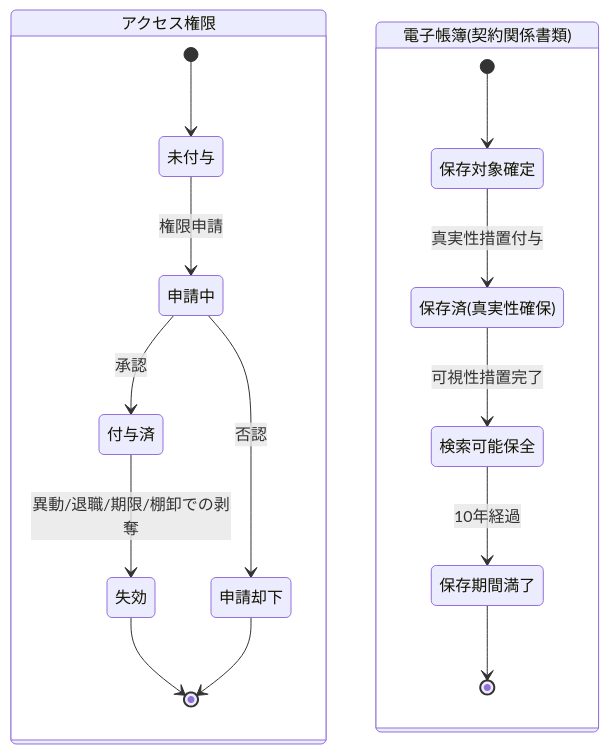
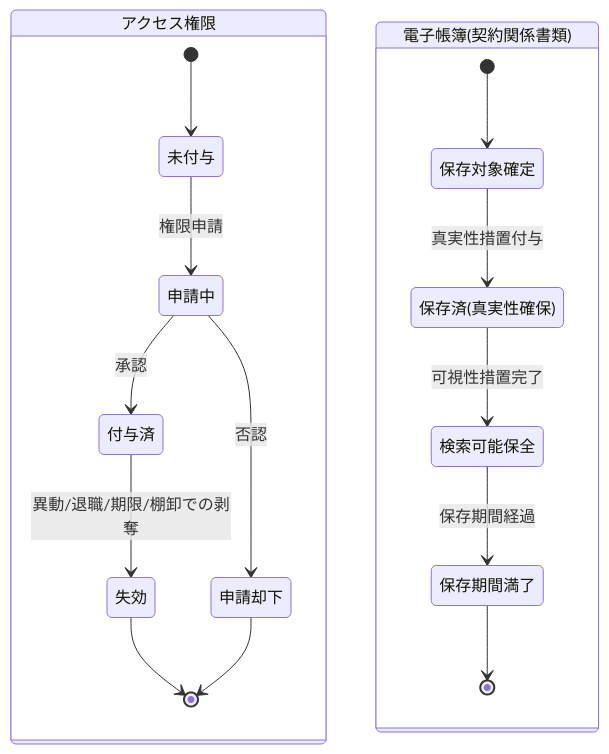
Before and after one commit to Acceler-Digital/karura-sample-artifacts-individual-life-insurance-new-business: the diagram in docs/D1.business-requirements/domain-requirements/audit-requirement-document.md, drawn with Mermaid. The commit also changed other lines of this file and 19 other files, not shown here.

````diff
--- a/docs/D1.business-requirements/domain-requirements/audit-requirement-document.md
+++ b/docs/D1.business-requirements/domain-requirements/audit-requirement-document.md
@@ -37,19 +35,19 @@
 ```mermaid
 stateDiagram-v2
     state "アクセス権限" as P {
         [*] --> 未付与
         未付与 --> 申請中: 権限申請
         申請中 --> 付与済: 承認
         申請中 --> 申請却下: 否認
         付与済 --> 失効: 異動/退職/期限/棚卸での剥奪
         失効 --> [*]
         申請却下 --> [*]
     }
     state "電子帳簿(契約関係書類)" as L {
         [*] --> 保存対象確定
         保存対象確定 --> 保存済(真実性確保): 真実性措置付与
         保存済(真実性確保) --> 検索可能保全: 可視性措置完了
-        検索可能保全 --> 保存期間満了: 10年経過
+        検索可能保全 --> 保存期間満了: 保存期間経過
         保存期間満了 --> [*]
     }
 ```
````
